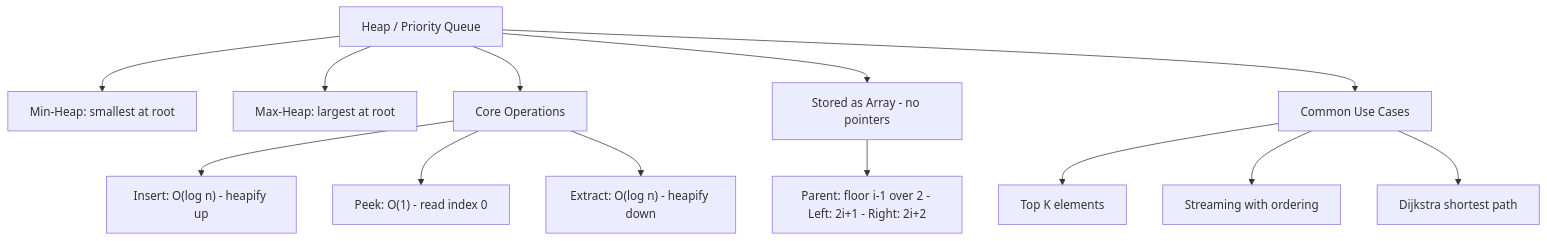
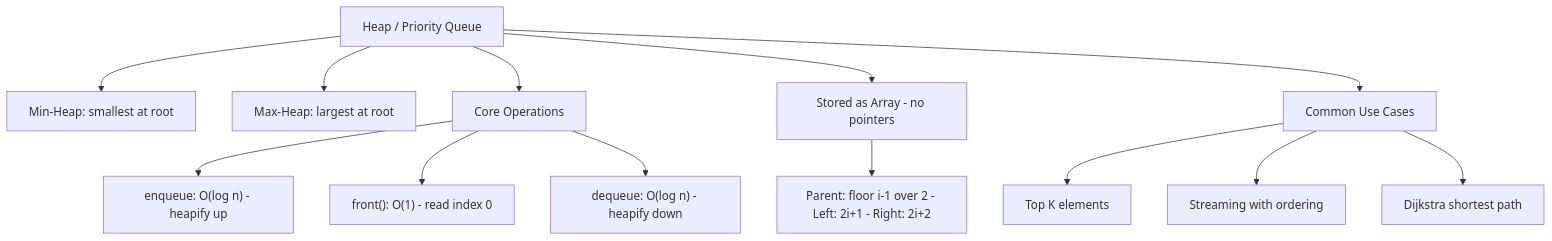
One commit to snesjhon/snesjhon changed the first of 2 diagrams in ysk/fundamentals/heaps-priority-queues-fundamentals.md. Above: the diagram before and after it, drawn with Mermaid. The commit also changed other lines of this file and 5 other files, not shown here.

Commit message:
update: priority queues and graphs

````diff
--- a/ysk/fundamentals/heaps-priority-queues-fundamentals.md
+++ b/ysk/fundamentals/heaps-priority-queues-fundamentals.md
@@ -75,16 +75,16 @@
 ```mermaid
 graph TD
     H["Heap / Priority Queue"]
     H --> MIN["Min-Heap: smallest at root"]
     H --> MAX["Max-Heap: largest at root"]
     H --> OPS["Core Operations"]
-    OPS --> INS["Insert: O(log n) - heapify up"]
-    OPS --> PEEK["Peek: O(1) - read index 0"]
-    OPS --> EXT["Extract: O(log n) - heapify down"]
+    OPS --> INS["enqueue: O(log n) - heapify up"]
+    OPS --> PEEK["front(): O(1) - read index 0"]
+    OPS --> EXT["dequeue: O(log n) - heapify down"]
     H --> IMPL["Stored as Array - no pointers"]
     IMPL --> MATH["Parent: floor i-1 over 2 - Left: 2i+1 - Right: 2i+2"]
     H --> USES["Common Use Cases"]
     USES --> TOPK["Top K elements"]
     USES --> STREAM["Streaming with ordering"]
     USES --> DIJK["Dijkstra shortest path"]
 ```
````
